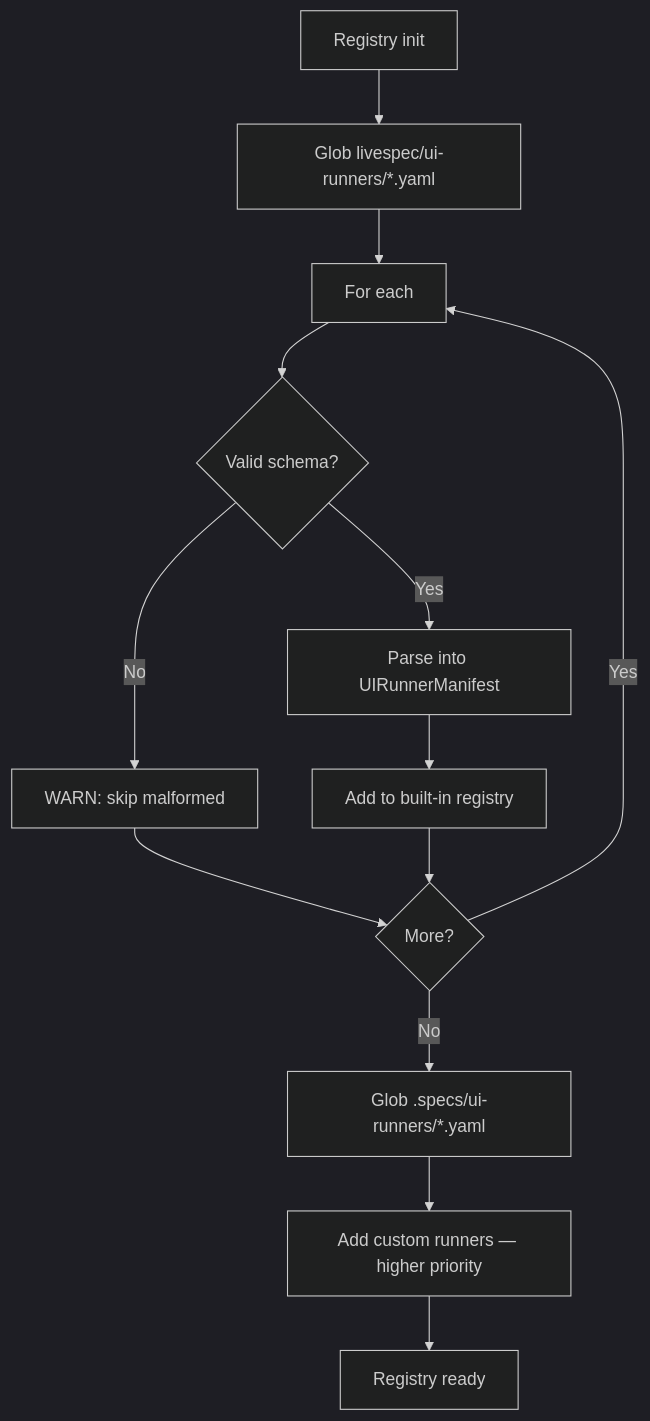
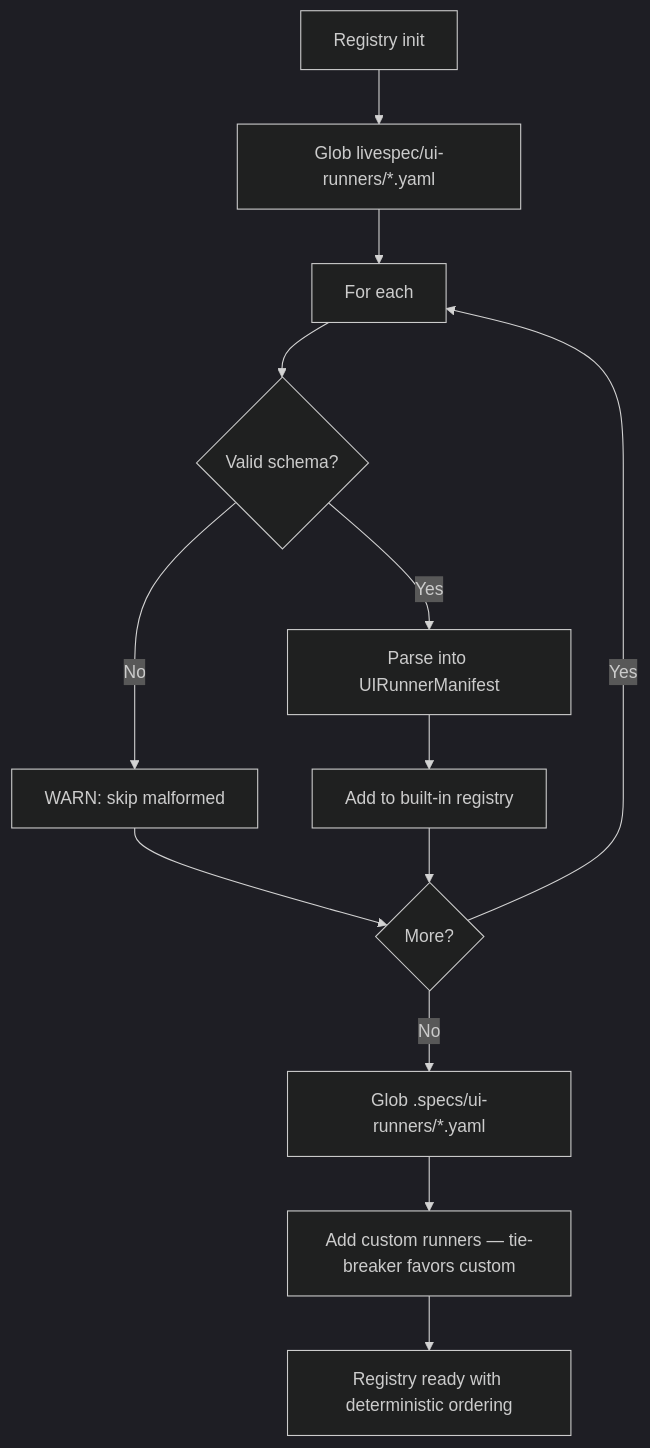
Before and after one commit to julien-m/livespec: the second of 4 diagrams in .specs/features/027-ui-runner-architecture/spec.md, drawn with Mermaid (dark theme). The commit also changed other lines of this file and 17 other files, not shown here.

````diff
--- a/.specs/features/027-ui-runner-architecture/spec.md
+++ b/.specs/features/027-ui-runner-architecture/spec.md
@@ -100,15 +109,15 @@
 ```mermaid
 flowchart TD
     A[Registry init] --> B[Glob livespec/ui-runners/*.yaml]
     B --> C[For each]
     C --> D{Valid schema?}
     D -- No --> E[WARN: skip malformed]
     D -- Yes --> F[Parse into UIRunnerManifest]
     F --> G[Add to built-in registry]
     E --> H{More?}
     G --> H
     H -- Yes --> C
     H -- No --> I[Glob .specs/ui-runners/*.yaml]
-    I --> J[Add custom runners — higher priority]
-    J --> K[Registry ready]
+    I --> J[Add custom runners — tie-breaker favors custom]
+    J --> K[Registry ready with deterministic ordering]
 ```
````
